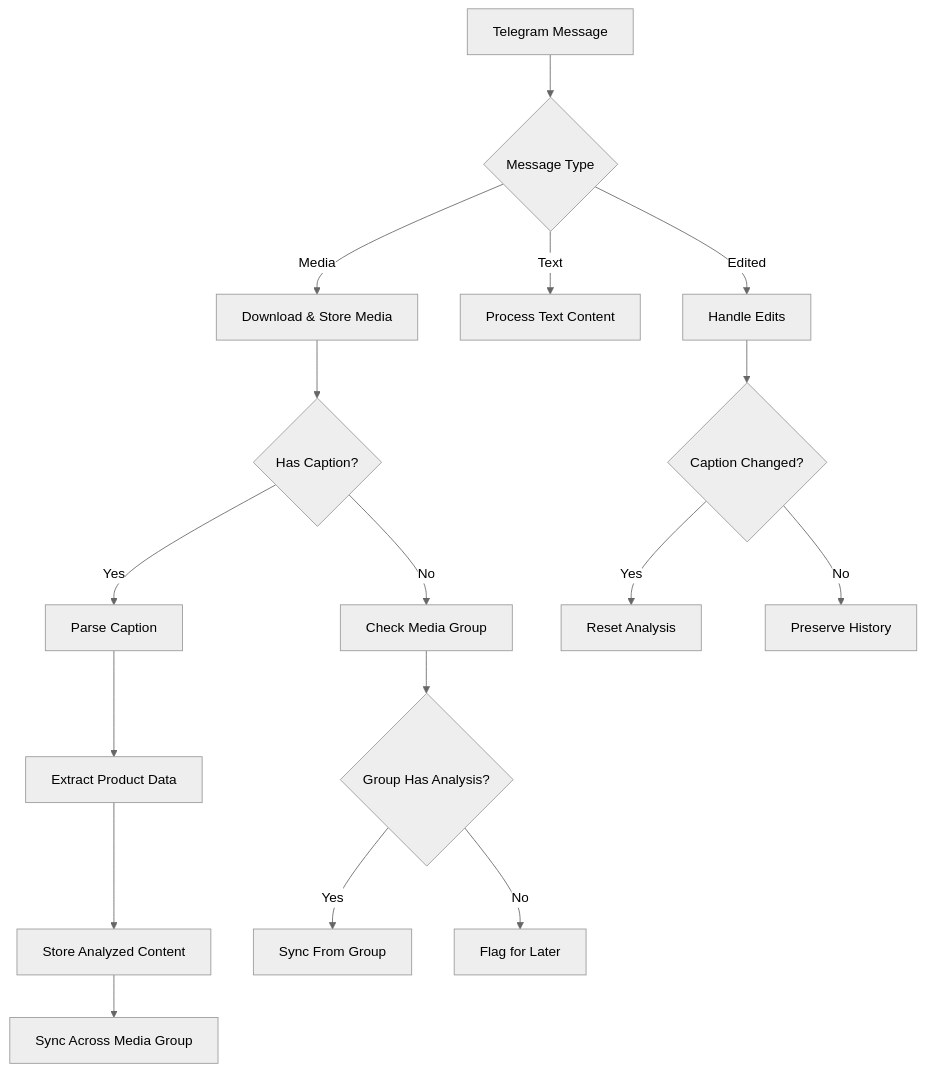
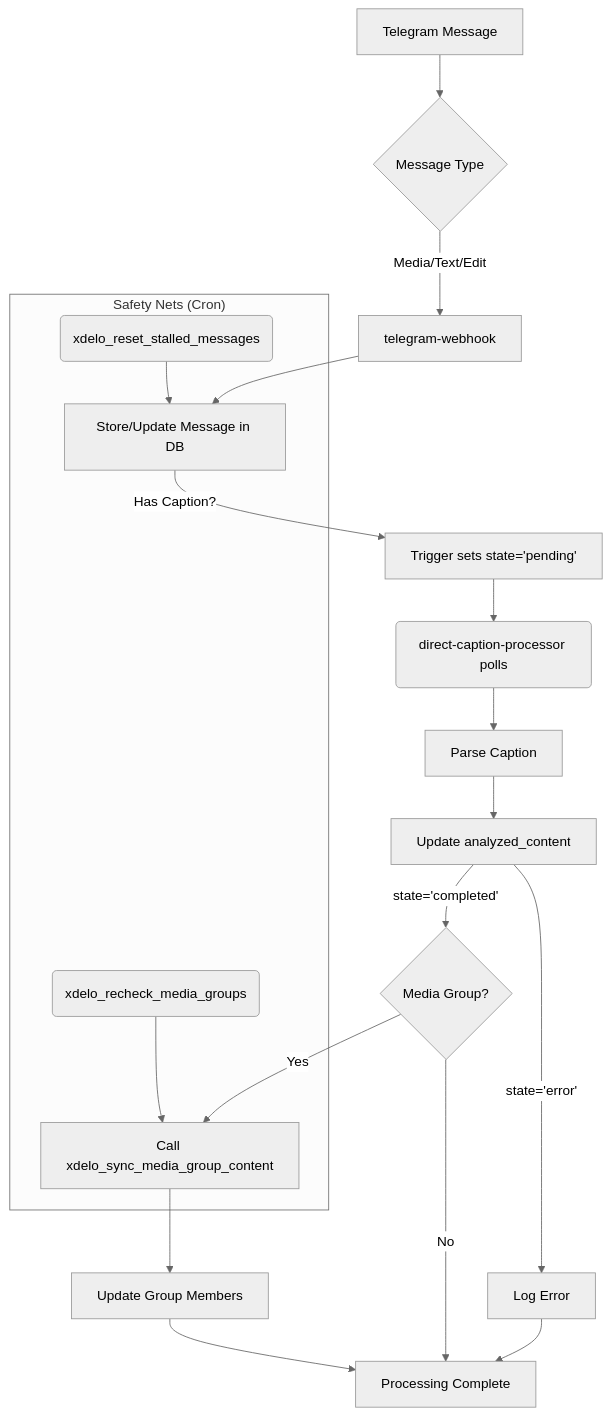
One commit to cmtkdot/xdelo-app changed the fifth of 5 diagrams in README.md. Above: the diagram before and after it, drawn with Mermaid (neutral theme). The commit also changed other lines of this file and 11 other files, not shown here.

First line of the commit message:
Update ESLint configuration and enhance documentation for caption processing workflow

````diff
--- a/README.md
+++ b/README.md
@@ -385,23 +435,23 @@
 ```mermaid
 flowchart TD
-    A[Telegram Message] --> B{Message Type}
-    B -->|Media| C[Download & Store Media]
-    B -->|Text| D[Process Text Content]
-    B -->|Edited| E[Handle Edits]
-    
-    C --> F{Has Caption?}
-    F -->|Yes| G[Parse Caption]
-    F -->|No| H[Check Media Group]
-    
-    G --> I[Extract Product Data]
-    I --> J[Store Analyzed Content]
-    J --> K[Sync Across Media Group]
-    
-    H --> L{Group Has Analysis?}
-    L -->|Yes| M[Sync From Group]
-    L -->|No| N[Flag for Later]
-    
-    E --> O{Caption Changed?}
-    O -->|Yes| P[Reset Analysis]
-    O -->|No| Q[Preserve History]
+    A[Telegram Message] --> B{Message Type};
+    B -->|Media/Text/Edit| C[telegram-webhook];
+    C --> D[Store/Update Message in DB];
+    D -- Has Caption? --> E[Trigger sets state='pending'];
+    E --> F(direct-caption-processor polls);
+    F --> G[Parse Caption];
+    G --> H[Update analyzed_content];
+    H -- state='completed' --> I{Media Group?};
+    I -- Yes --> J[Call xdelo_sync_media_group_content];
+    J --> K[Update Group Members];
+    I -- No --> L[Processing Complete];
+    K --> L;
+    H -- state='error' --> M[Log Error];
+    M --> L;
+
+    subgraph "Safety Nets (Cron)"
+        SN1(xdelo_reset_stalled_messages) --> D;
+        SN2(xdelo_recheck_media_groups) --> J;
+    end
+
 ```
````
